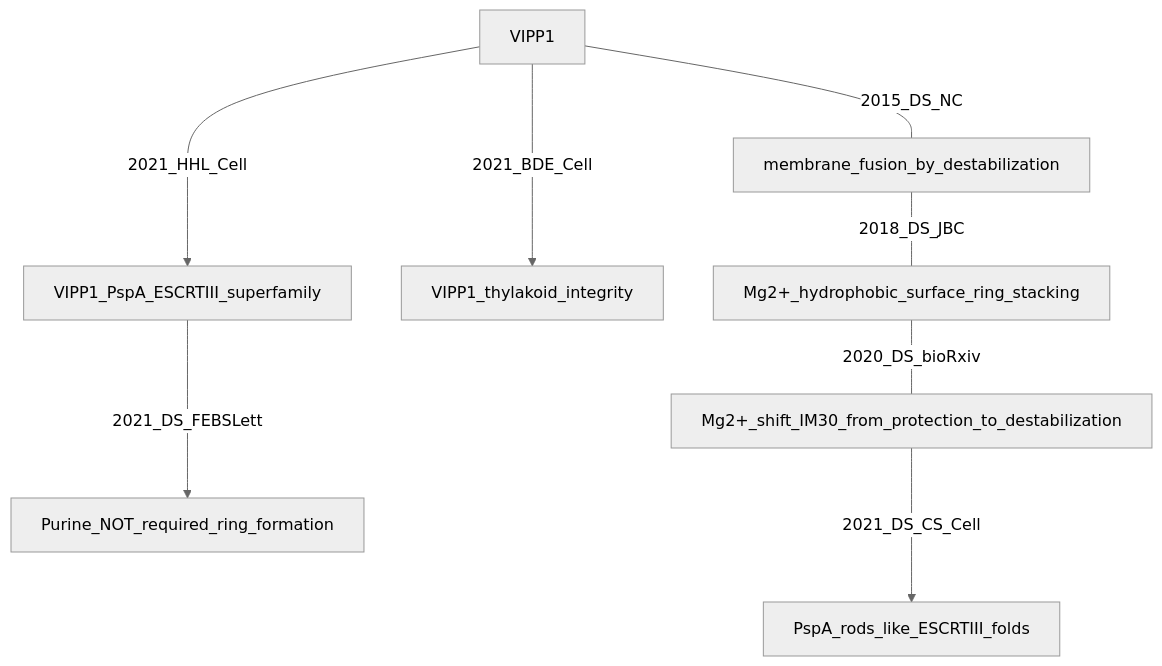
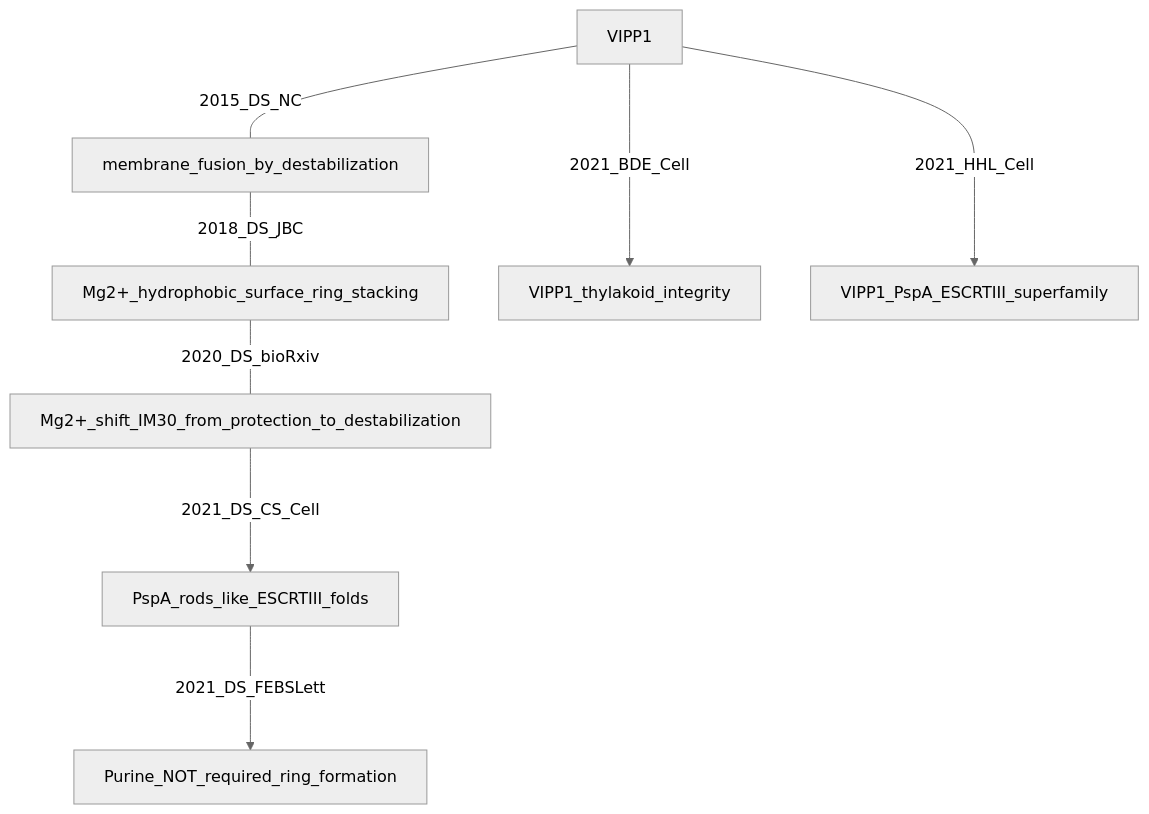
One commit to psichen/psichen.github.io changed the first of 8 diagrams in source/resources/mindmap/VIPP1.md. Above: the diagram before and after it, drawn with Mermaid (neutral theme).

````diff
--- a/source/resources/mindmap/VIPP1.md
+++ b/source/resources/mindmap/VIPP1.md
@@ -3,14 +3,13 @@
 ```mermaid
 flowchart TB
 
 VIPP1 --- |2015_DS_NC| membrane_fusion_by_destabilization
 membrane_fusion_by_destabilization --- |2018_DS_JBC| Mg2+_hydrophobic_surface_ring_stacking
 Mg2+_hydrophobic_surface_ring_stacking --- |2020_DS_bioRxiv| Mg2+_shift_IM30_from_protection_to_destabilization
 Mg2+_shift_IM30_from_protection_to_destabilization ---> |2021_DS_CS_Cell| PspA_rods_like_ESCRTIII_folds
+PspA_rods_like_ESCRTIII_folds ---> |2021_DS_FEBSLett| Purine_NOT_required_ring_formation
 
 VIPP1 ---> |2021_BDE_Cell| VIPP1_thylakoid_integrity
 
 VIPP1 ---> |2021_HHL_Cell| VIPP1_PspA_ESCRTIII_superfamily
-
-VIPP1_PspA_ESCRTIII_superfamily ---> |2021_DS_FEBSLett| Purine_NOT_required_ring_formation
 ```
````
